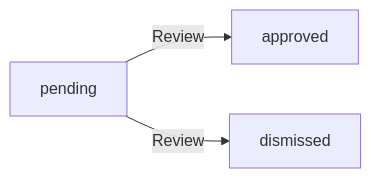
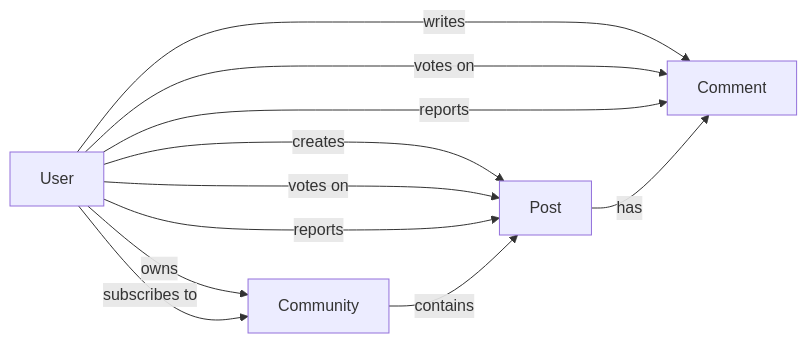
One commit to wrtnlabs/autobe-examples changed the first of 6 diagrams in qwen/qwen3.5-122b-a10b/reddit/docs/analysis/02-domain-model.md. Above: the diagram before and after it, drawn with Mermaid. The commit also changed other lines of this file and 32093 other files, not shown here.

````diff
--- a/qwen/qwen3.5-122b-a10b/reddit/docs/analysis/02-domain-model.md
+++ b/qwen/qwen3.5-122b-a10b/reddit/docs/analysis/02-domain-model.md
@@ -1310,5 +159,13 @@
 ```mermaid
 flowchart LR
-    A["pending"] -->|"Review"| B["approved"]
-    A["pending"] -->|"Review"| C["dismissed"]
+    A["User"] -->|"owns"| B["Community"]
+    A -->|"subscribes to"| B
+    A -->|"creates"| C["Post"]
+    A -->|"writes"| D["Comment"]
+    A -->|"votes on"| C
+    A -->|"votes on"| D
+    A -->|"reports"| C
+    A -->|"reports"| D
+    B -->|"contains"| C
+    C -->|"has"| D
 ```
````
